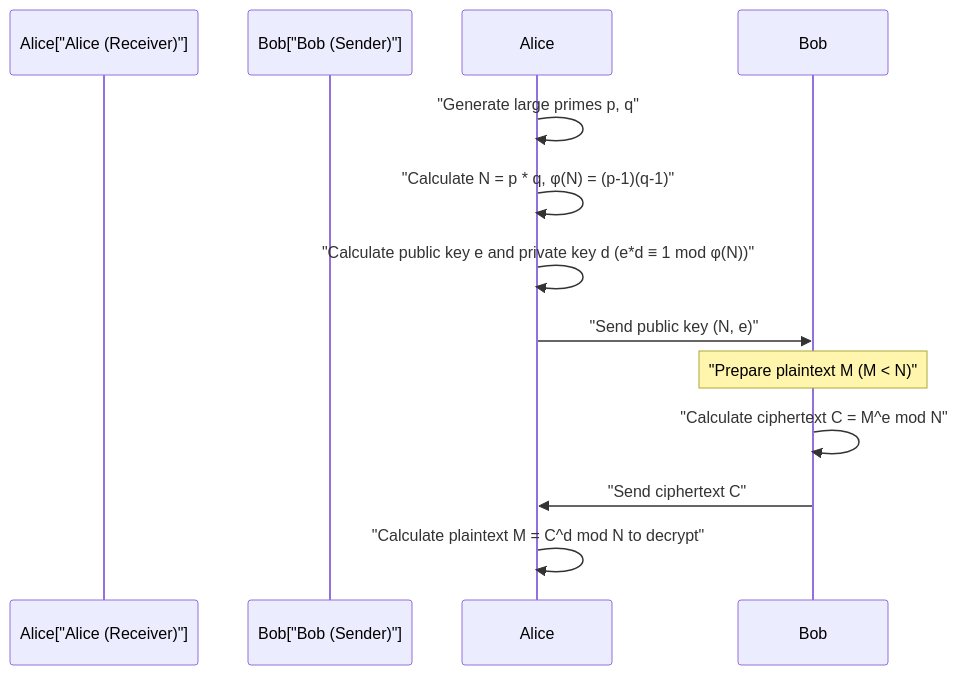
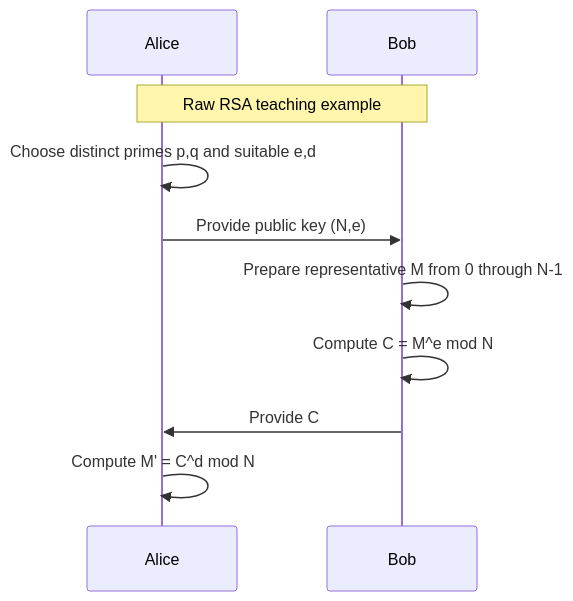
One commit to kenjinote/blog changed the second of 2 diagrams in content/post/フェルマーの小定理と暗号化/index.en.md. Above: the diagram before and after it, drawn with Mermaid. The commit also changed other lines of this file and 8 other files, not shown here.

````diff
--- a/content/post/フェルマーの小定理と暗号化/index.en.md
+++ b/content/post/フェルマーの小定理と暗号化/index.en.md
@@ -295,14 +210,12 @@
 ```mermaid
 sequenceDiagram
-    participant Alice["Alice (Receiver)"]
-    participant Bob["Bob (Sender)"]
-    
-    Alice->>Alice: "Generate large primes p, q"
-    Alice->>Alice: "Calculate N = p * q, φ(N) = (p-1)(q-1)"
-    Alice->>Alice: "Calculate public key e and private key d (e*d ≡ 1 mod φ(N))"
-    Alice->>Bob: "Send public key (N, e)"
-    Note over Bob: "Prepare plaintext M (M < N)"
-    Bob->>Bob: "Calculate ciphertext C = M^e mod N"
-    Bob->>Alice: "Send ciphertext C"
-    Alice->>Alice: "Calculate plaintext M = C^d mod N to decrypt"
+    participant Alice as Alice
+    participant Bob as Bob
+    Note over Alice,Bob: Raw RSA teaching example
+    Alice->>Alice: Choose distinct primes p,q and suitable e,d
+    Alice->>Bob: Provide public key (N,e)
+    Bob->>Bob: Prepare representative M from 0 through N-1
+    Bob->>Bob: Compute C = M^e mod N
+    Bob->>Alice: Provide C
+    Alice->>Alice: Compute M' = C^d mod N
 ```
````
